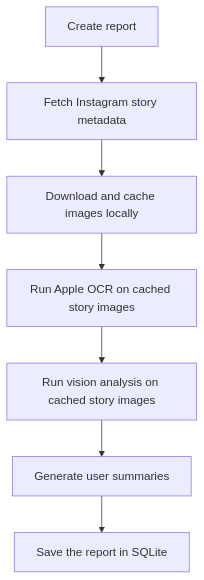
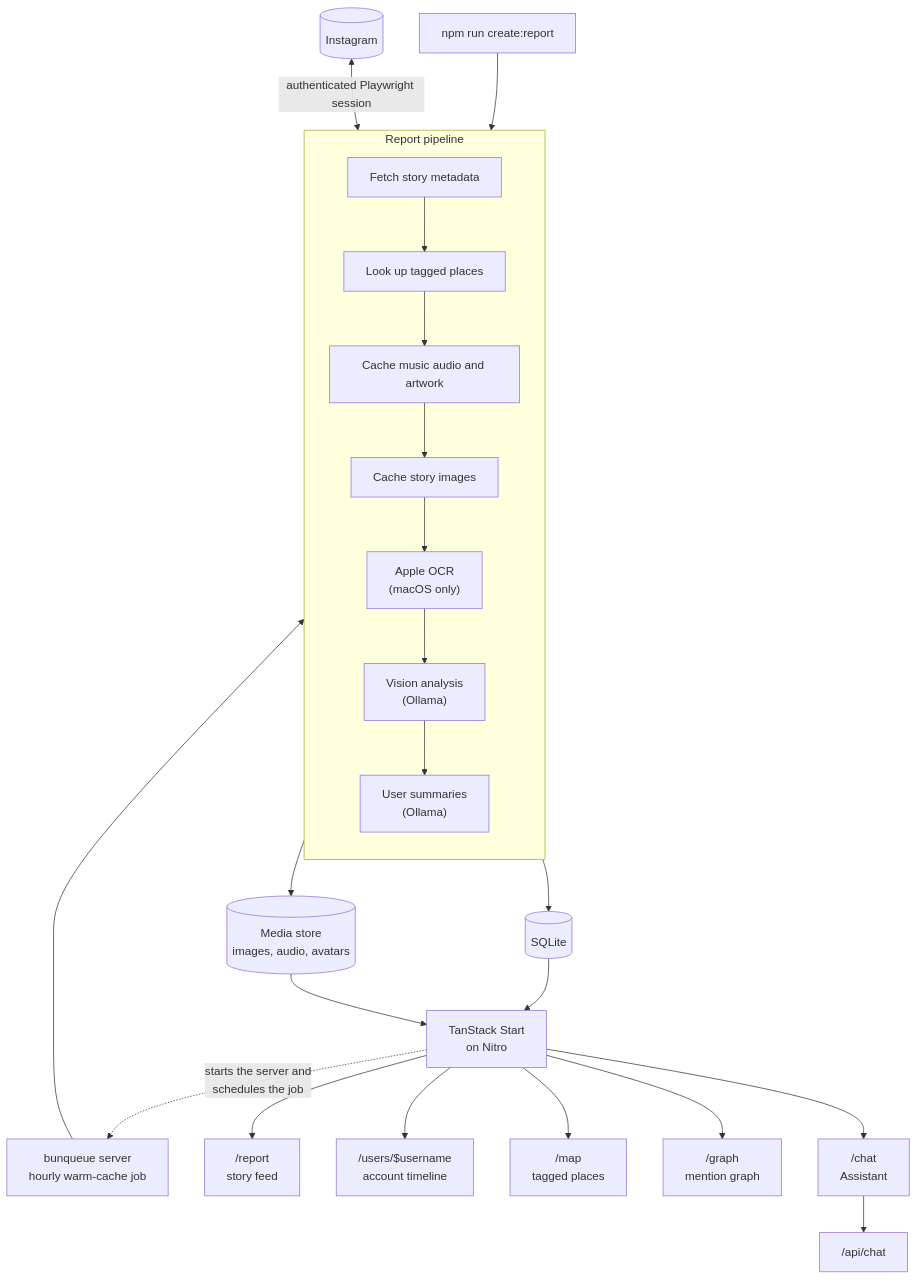
The diagram in README.md (adrienZ/slopstagram), drawn with Mermaid before and after one commit. The commit also changed other lines of this file, not shown here.

First line of the commit message:
Turn the README into a landing page (#372)

````diff
--- a/README.md
+++ b/README.md
@@ -66,9 +69,29 @@
 ```mermaid
 flowchart TD
-    start["Create report"] --> stories["Fetch Instagram story metadata"]
-    stories --> images["Download and cache images locally"]
-    images --> apple["Run Apple OCR on cached story images"]
-    apple --> vision["Run vision analysis on cached story images"]
-    vision --> summaries["Generate user summaries"]
-    summaries --> save["Save the report in SQLite"]
+    cli["npm run create:report"] --> pipeline
+    bunqueue["bunqueue server<br/>hourly warm-cache job"] --> pipeline
+    instagram[("Instagram")] <-->|"authenticated Playwright session"| pipeline
+
+    subgraph pipeline["Report pipeline"]
+        direction TB
+        stories["Fetch story metadata"] --> places["Look up tagged places"]
+        places --> audio["Cache music audio and artwork"]
+        audio --> images["Cache story images"]
+        images --> ocr["Apple OCR<br/>(macOS only)"]
+        ocr --> vision["Vision analysis<br/>(Ollama)"]
+        vision --> summaries["User summaries<br/>(Ollama)"]
+    end
+
+    pipeline --> sqlite[("SQLite")]
+    pipeline --> media[("Media store<br/>images, audio, avatars")]
+    sqlite --> start["TanStack Start<br/>on Nitro"]
+    media --> start
+    start -.->|"starts the server and<br/>schedules the job"| bunqueue
+
+    start --> report["/report<br/>story feed"]
+    start --> users["/users/$username<br/>account timeline"]
+    start --> mapPage["/map<br/>tagged places"]
+    start --> graphPage["/graph<br/>mention graph"]
+    start --> chat["/chat<br/>Assistant"]
+    chat --> api["/api/chat"]
 ```
````
